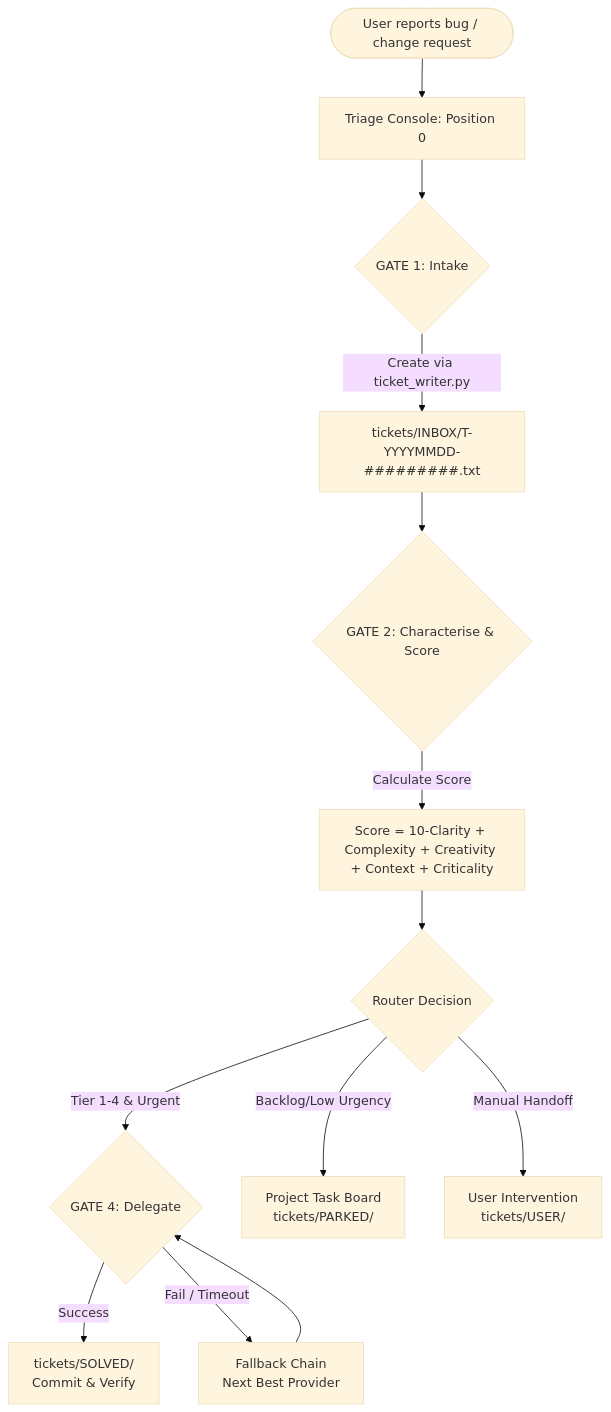
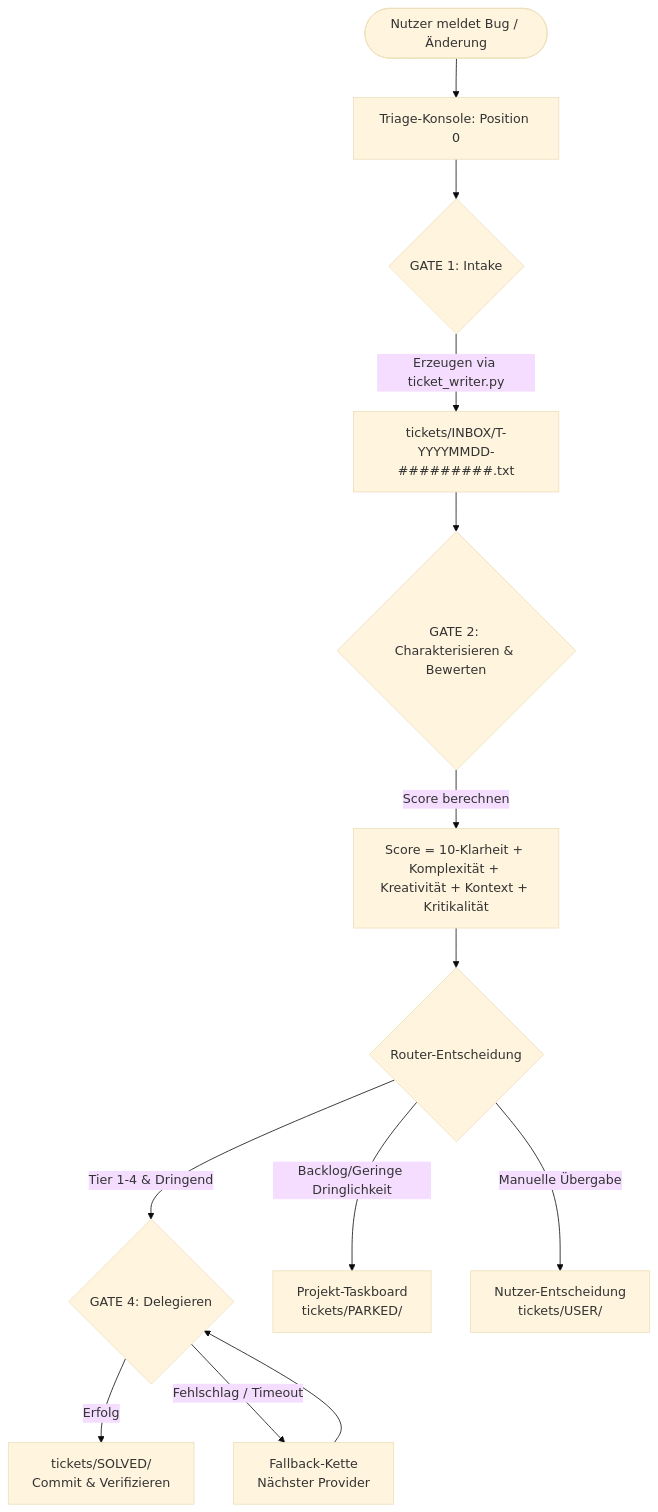
The diagram in README_de.md (ellmos-ai/ticket-master), drawn with Mermaid (base theme) before and after one commit. The commit also changed other lines of this file and 8 other files, not shown here.

````diff
--- a/README_de.md
+++ b/README_de.md
@@ -72,17 +196,17 @@
 ```mermaid
 graph TD
-    User([User reports bug / change request]) --> Position0[Triage Console: Position 0]
+    User([Nutzer meldet Bug / Änderung]) --> Position0[Triage-Konsole: Position 0]
     Position0 --> GATE1{GATE 1: Intake}
-    GATE1 -->|Create via ticket_writer.py| TxtFile[tickets/INBOX/T-YYYYMMDD-#########.txt]
-    TxtFile --> GATE2{GATE 2: Characterise & Score}
-    GATE2 -->|Calculate Score| Score[Score = 10-Clarity + Complexity + Creativity + Context + Criticality]
-    Score --> Router{Router Decision}
+    GATE1 -->|Erzeugen via ticket_writer.py| TxtFile[tickets/INBOX/T-YYYYMMDD-#########.txt]
+    TxtFile --> GATE2{GATE 2: Charakterisieren & Bewerten}
+    GATE2 -->|Score berechnen| Score[Score = 10-Klarheit + Komplexität + Kreativität + Kontext + Kritikalität]
+    Score --> Router{Router-Entscheidung}
     
-    Router -->|Tier 1-4 & Urgent| GATE4{GATE 4: Delegate}
-    Router -->|Backlog/Low Urgency| TaskDB[Project Task Board<br>tickets/PARKED/]
-    Router -->|Manual Handoff| UserHandoff[User Intervention<br>tickets/USER/]
+    Router -->|Tier 1-4 & Dringend| GATE4{GATE 4: Delegieren}
+    Router -->|Backlog/Geringe Dringlichkeit| TaskDB[Projekt-Taskboard<br>tickets/PARKED/]
+    Router -->|Manuelle Übergabe| UserHandoff[Nutzer-Entscheidung<br>tickets/USER/]
     
-    GATE4 -->|Success| Solved[tickets/SOLVED/<br>Commit & Verify]
-    GATE4 -->|Fail / Timeout| Fallback[Fallback Chain<br>Next Best Provider]
+    GATE4 -->|Erfolg| Solved[tickets/SOLVED/<br>Commit & Verifizieren]
+    GATE4 -->|Fehlschlag / Timeout| Fallback[Fallback-Kette<br>Nächster Provider]
     Fallback --> GATE4
 ```
````
